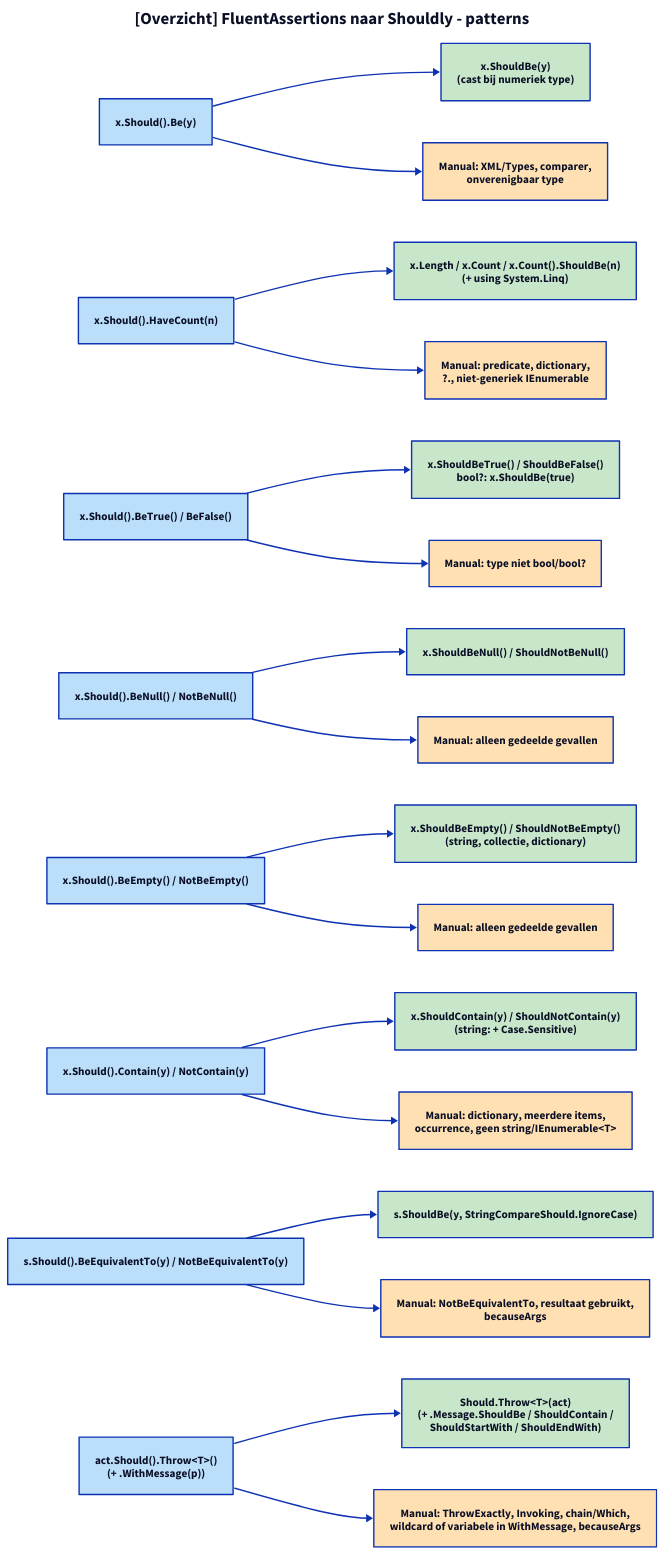
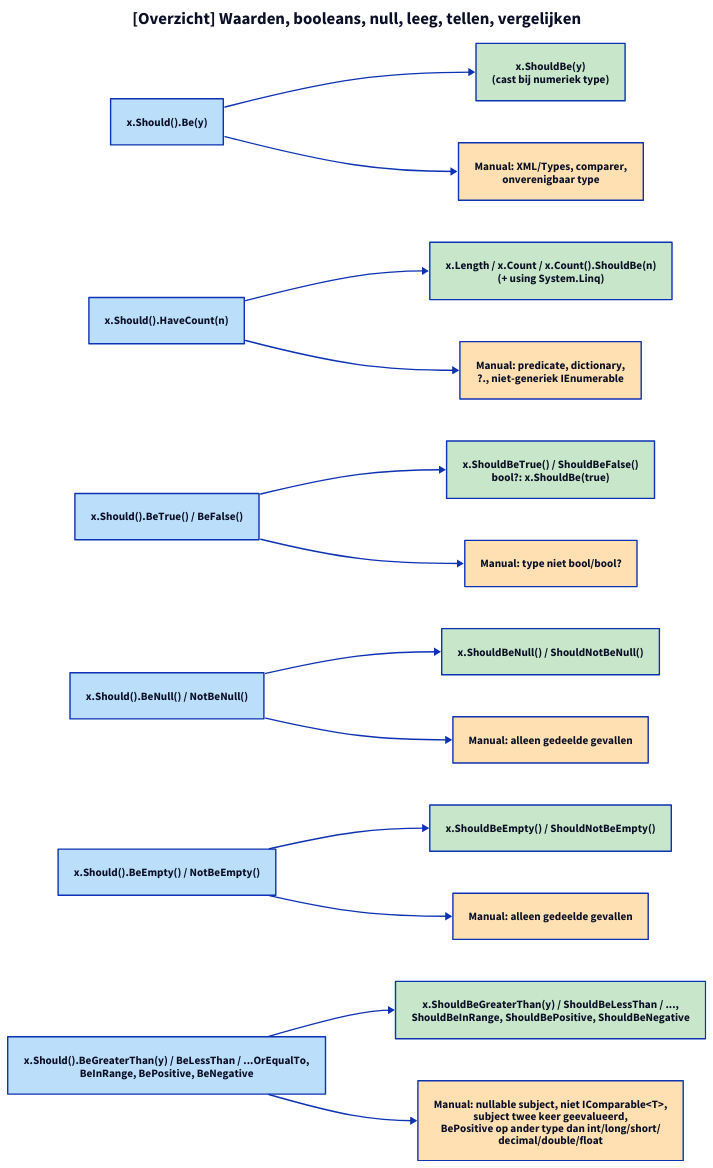
One commit to ATkingma/unshackle changed the diagram in docs/projectinfo/modellen/img/patronen-1.d2. Above: the diagram before and after it, drawn with D2. The commit also changed 124 other files, not shown here.

```diff
--- a/docs/projectinfo/modellen/img/patronen-1.d2
+++ b/docs/projectinfo/modellen/img/patronen-1.d2
@@ -1,52 +1,42 @@
-title: "[Overzicht] FluentAssertions naar Shouldly - patterns" {shape: text; near: top-center; style: {font-size: 24; bold: true}}
+title: "[Overzicht] Waarden, booleans, null, leeg, tellen, vergelijken" {shape: text; near: top-center; style: {font-size: 24; bold: true}}
 direction: right
 vars: {
   d2-legend: {
     f: FluentAssertions {style.fill: "#bbdefb"}
     s: Shouldly {style.fill: "#c8e6c9"}
     m: Manual {style.fill: "#ffe0b2"}
     a: "" {style.opacity: 0}
     b: "" {style.opacity: 0}
     a -> b: Wordt
   }
 }
 be: "x.Should().Be(y)" {style.fill: "#bbdefb"}
-count: "x.Should().HaveCount(n)" {style.fill: "#bbdefb"}
-truefalse: "x.Should().BeTrue() / BeFalse()" {style.fill: "#bbdefb"}
+bes: "x.ShouldBe(y)\n(cast bij numeriek type)" {style.fill: "#c8e6c9"}
+bem: "Manual: XML/Types, comparer,\nonverenigbaar type" {style.fill: "#ffe0b2"}
+cnt: "x.Should().HaveCount(n)" {style.fill: "#bbdefb"}
+cnts: "x.Length / x.Count / x.Count().ShouldBe(n)\n(+ using System.Linq)" {style.fill: "#c8e6c9"}
+cntm: "Manual: predicate, dictionary,\n?., niet-generiek IEnumerable" {style.fill: "#ffe0b2"}
+tf: "x.Should().BeTrue() / BeFalse()" {style.fill: "#bbdefb"}
+tfs: "x.ShouldBeTrue() / ShouldBeFalse()\nbool?: x.ShouldBe(true)" {style.fill: "#c8e6c9"}
+tfm: "Manual: type niet bool/bool?" {style.fill: "#ffe0b2"}
 nul: "x.Should().BeNull() / NotBeNull()" {style.fill: "#bbdefb"}
-empty: "x.Should().BeEmpty() / NotBeEmpty()" {style.fill: "#bbdefb"}
-contain: "x.Should().Contain(y) / NotContain(y)" {style.fill: "#bbdefb"}
-scontain: "x.ShouldContain(y) / ShouldNotContain(y)\n(string: + Case.Sensitive)" {style.fill: "#c8e6c9"}
-m6: "Manual: dictionary, meerdere items,\noccurrence, geen string/IEnumerable<T>" {style.fill: "#ffe0b2"}
-sbe: "x.ShouldBe(y)\n(cast bij numeriek type)" {style.fill: "#c8e6c9"}
-scount: "x.Length / x.Count / x.Count().ShouldBe(n)\n(+ using System.Linq)" {style.fill: "#c8e6c9"}
-stf: "x.ShouldBeTrue() / ShouldBeFalse()\nbool?: x.ShouldBe(true)" {style.fill: "#c8e6c9"}
-snull: "x.ShouldBeNull() / ShouldNotBeNull()" {style.fill: "#c8e6c9"}
-sempty: "x.ShouldBeEmpty() / ShouldNotBeEmpty()\n(string, collectie, dictionary)" {style.fill: "#c8e6c9"}
-m5: "Manual: alleen gedeelde gevallen" {style.fill: "#ffe0b2"}
-m1: "Manual: XML/Types, comparer,\nonverenigbaar type" {style.fill: "#ffe0b2"}
-m2: "Manual: predicate, dictionary,\n?., niet-generiek IEnumerable" {style.fill: "#ffe0b2"}
-m3: "Manual: type niet bool/bool?" {style.fill: "#ffe0b2"}
-m4: "Manual: alleen gedeelde gevallen" {style.fill: "#ffe0b2"}
-be -> sbe
-count -> scount
-truefalse -> stf
-nul -> snull
-be -> m1
-count -> m2
-truefalse -> m3
-nul -> m4
-empty -> sempty
-empty -> m5
-contain -> scontain
-contain -> m6
-beq: "s.Should().BeEquivalentTo(y) / NotBeEquivalentTo(y)" {style.fill: "#bbdefb"}
-sbeq: "s.ShouldBe(y, StringCompareShould.IgnoreCase)" {style.fill: "#c8e6c9"}
-m7: "Manual: NotBeEquivalentTo, resultaat gebruikt,\nbecauseArgs" {style.fill: "#ffe0b2"}
-thr: "act.Should().Throw<T>()\n(+ .WithMessage(p))" {style.fill: "#bbdefb"}
-sthr: "Should.Throw<T>(act)\n(+ .Message.ShouldBe / ShouldContain /\nShouldStartWith / ShouldEndWith)" {style.fill: "#c8e6c9"}
-m8: "Manual: ThrowExactly, Invoking, chain/Which,\nwildcard of variabele in WithMessage, becauseArgs" {style.fill: "#ffe0b2"}
-beq -> sbeq
-beq -> m7
-thr -> sthr
-thr -> m8
+nuls: "x.ShouldBeNull() / ShouldNotBeNull()" {style.fill: "#c8e6c9"}
+nulm: "Manual: alleen gedeelde gevallen" {style.fill: "#ffe0b2"}
+emp: "x.Should().BeEmpty() / NotBeEmpty()" {style.fill: "#bbdefb"}
+emps: "x.ShouldBeEmpty() / ShouldNotBeEmpty()" {style.fill: "#c8e6c9"}
+empm: "Manual: alleen gedeelde gevallen" {style.fill: "#ffe0b2"}
+gl: "x.Should().BeGreaterThan(y) / BeLessThan / ...OrEqualTo,\nBeInRange, BePositive, BeNegative" {style.fill: "#bbdefb"}
+gls: "x.ShouldBeGreaterThan(y) / ShouldBeLessThan / ...,\nShouldBeInRange, ShouldBePositive, ShouldBeNegative" {style.fill: "#c8e6c9"}
+glm: "Manual: nullable subject, niet IComparable<T>,\nsubject twee keer geevalueerd,\nBePositive op ander type dan int/long/short/\ndecimal/double/float" {style.fill: "#ffe0b2"}
+be -> bes
+be -> bem
+cnt -> cnts
+cnt -> cntm
+tf -> tfs
+tf -> tfm
+nul -> nuls
+nul -> nulm
+emp -> emps
+emp -> empm
+gl -> gls
+gl -> glm
```
